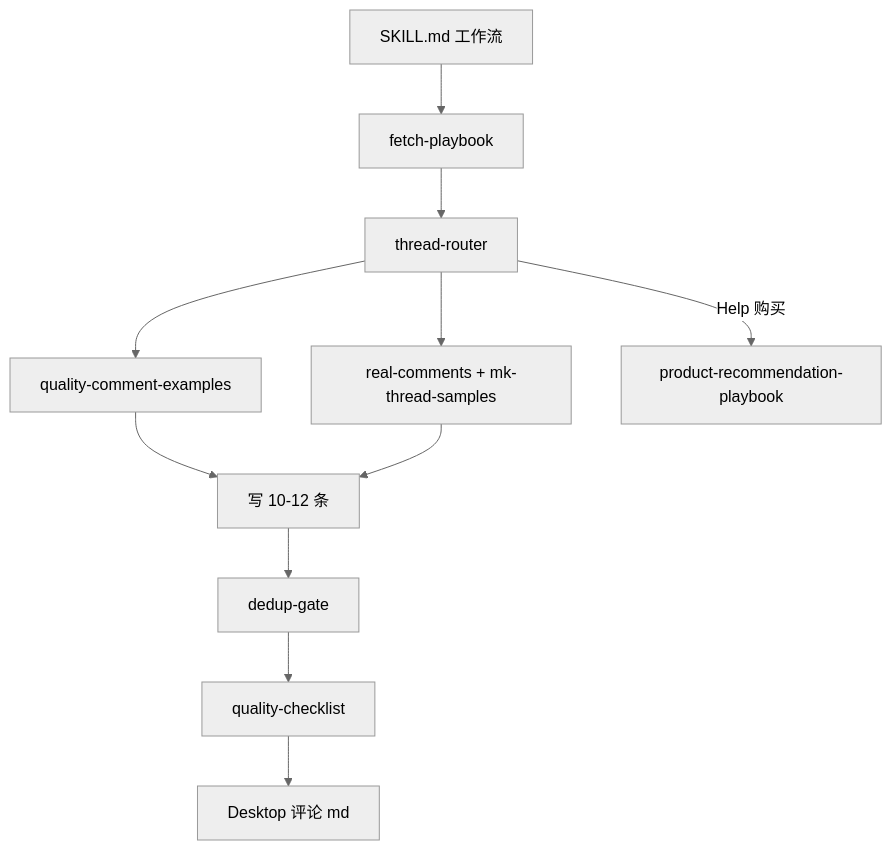
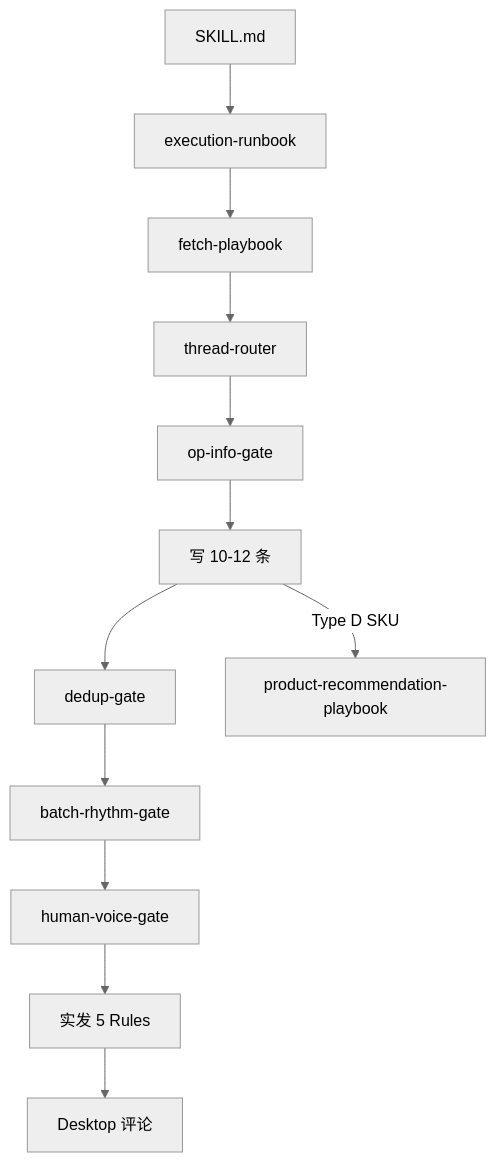
The diagram in reddit-keyboard-comments/references/skill-map.md (aaab3/skills), drawn with Mermaid (neutral theme) before and after one commit. The commit also changed other lines of this file and 13 other files, not shown here.

First line of the commit message:
reddit-keyboard-comments v2: execution runbook and quality gates.

````diff
--- a/reddit-keyboard-comments/references/skill-map.md
+++ b/reddit-keyboard-comments/references/skill-map.md
@@ -10,20 +10,21 @@
 ```mermaid
 flowchart TB
-  SKILL[SKILL.md 工作流]
+  SKILL[SKILL.md]
+  runbook[execution-runbook]
   fetch[fetch-playbook]
   router[thread-router]
-  examples[quality-comment-examples]
-  real[real-comments + mk-thread-samples]
+  opinfo[op-info-gate]
   write[写 10-12 条]
   dedup[dedup-gate]
-  check[quality-checklist]
-  out[Desktop 评论 md]
+  rhythm[batch-rhythm-gate]
+  voice[human-voice-gate]
+  ship[实发 5 Rules]
+  out[Desktop 评论]
   typeD[product-recommendation-playbook]
-  SKILL --> fetch --> router
-  router --> examples
-  router --> real
-  examples --> write
-  real --> write
-  write --> dedup --> check --> out
-  router -->|Help 购买| typeD
+  SKILL --> runbook
+  runbook --> fetch --> router --> opinfo
+  opinfo --> write
+  write --> dedup --> rhythm --> voice
+  voice --> ship --> out
+  write -->|Type D SKU| typeD
 ```
````
